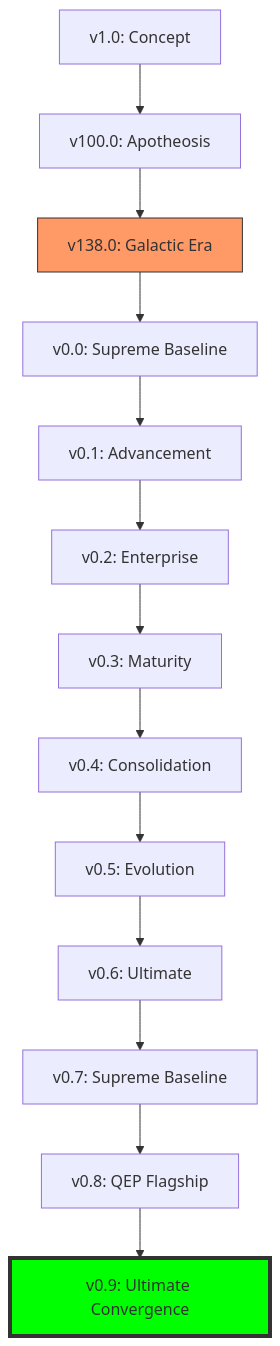
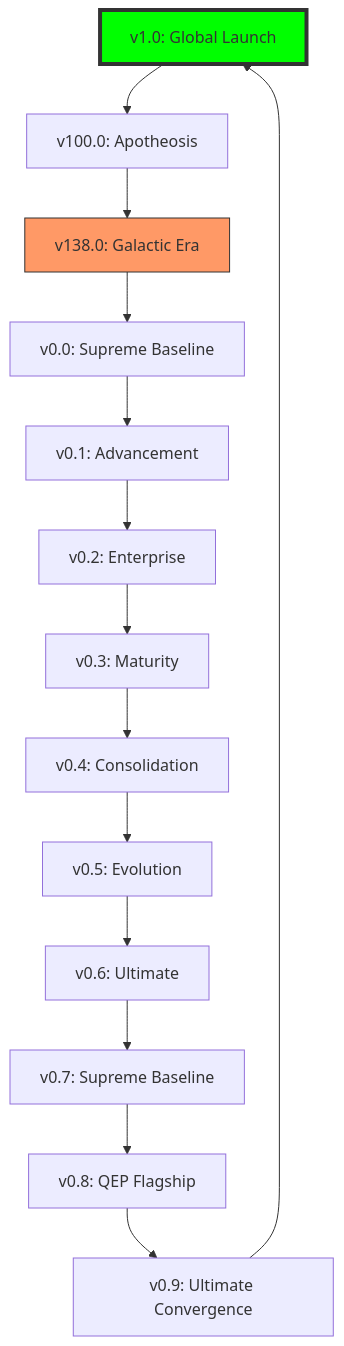
The diagram in VERSION_LINEAGE.md (Rehan719/Workstation), drawn with Mermaid before and after one commit. The commit also changed other lines of this file and 18 other files, not shown here.

First line of the commit message:
feat(v1.0): Global launch – cross‑domain QEP maturity, ultimate hardening & definitive consolidation

````diff
--- a/VERSION_LINEAGE.md
+++ b/VERSION_LINEAGE.md
@@ -27,18 +28,19 @@
 ```mermaid
 graph TD
     v1.0[v1.0: Concept] --> v100.0[v100.0: Apotheosis]
     v100.0 --> v138.0[v138.0: Galactic Era]
     v138.0 --> v0.0[v0.0: Supreme Baseline]
     v0.0 --> v0.1[v0.1: Advancement]
     v0.1 --> v0.2[v0.2: Enterprise]
     v0.2 --> v0.3[v0.3: Maturity]
     v0.3 --> v0.4[v0.4: Consolidation]
     v0.4 --> v0.5[v0.5: Evolution]
     v0.5 --> v0.6[v0.6: Ultimate]
     v0.6 --> v0.7[v0.7: Supreme Baseline]
     v0.7 --> v0.8[v0.8: QEP Flagship]
     v0.8 --> v0.9[v0.9: Ultimate Convergence]
+    v0.9 --> v1.0[v1.0: Global Launch]
 
-    style v0.9 fill:#00ff00,stroke:#333,stroke-width:4px
+    style v1.0 fill:#00ff00,stroke:#333,stroke-width:4px
     style v138.0 fill:#f96,stroke:#333
 ```
````
